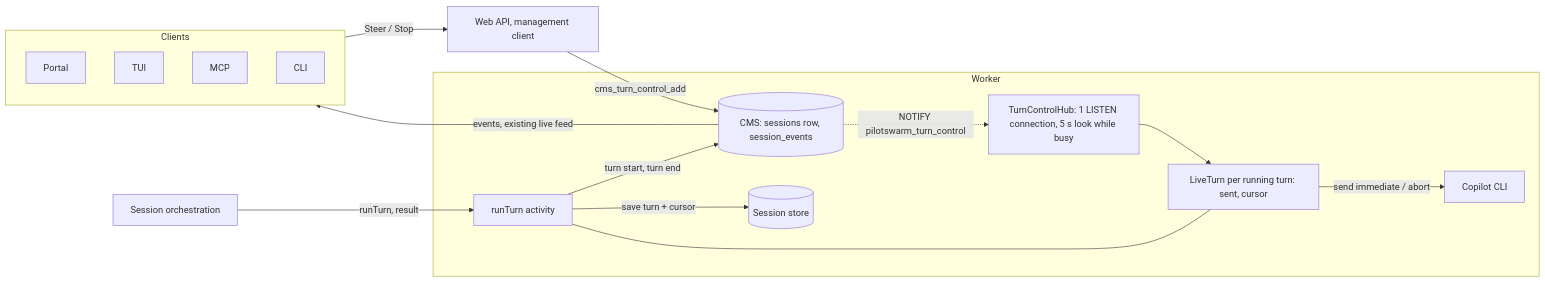
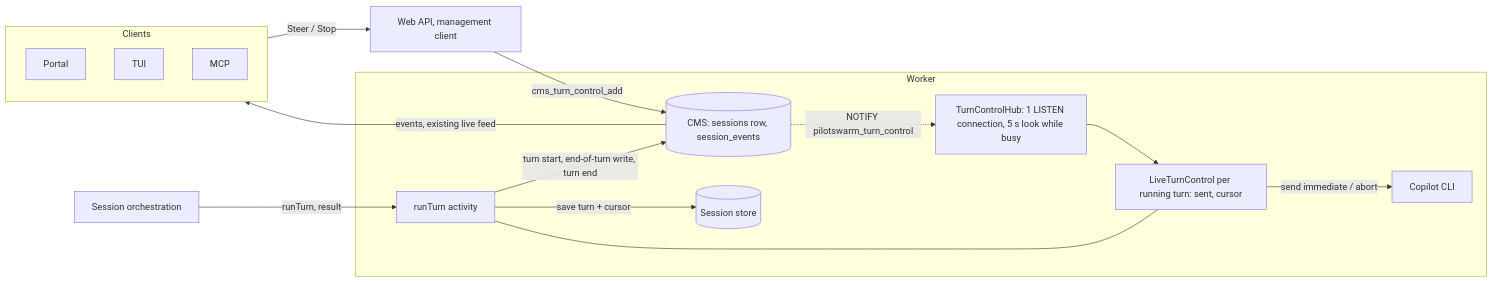
One commit to microsoft/PilotSwarm changed the first of 13 diagrams in docs/proposals/session-turn-control.md. Above: the diagram before and after it, drawn with Mermaid. The commit also changed other lines of this file, not shown here.

Commit message:
docs(turn-control): design revision 6 (as built)

````diff
--- a/docs/proposals/session-turn-control.md
+++ b/docs/proposals/session-turn-control.md
@@ -113,18 +154,18 @@
 ```mermaid
 flowchart LR
     subgraph Clients
-        P[Portal] & T[TUI] & M[MCP] & L[CLI]
+        P[Portal] & T[TUI] & M[MCP]
     end
     Clients -->|"Steer / Stop"| API["Web API, management client"]
     API -->|"cms_turn_control_add"| DB[("CMS: sessions row, session_events")]
     DB -.->|"NOTIFY pilotswarm_turn_control"| HUB
     subgraph Worker
-        HUB["TurnControlHub: 1 LISTEN connection, 5 s look while busy"] --> LT["LiveTurn per running turn: sent, cursor"]
+        HUB["TurnControlHub: 1 LISTEN connection, 5 s look while busy"] --> LT["LiveTurnControl per running turn: sent, cursor"]
         LT -->|"send immediate / abort"| CLI[Copilot CLI]
-        RT["runTurn activity"] -->|"turn start, turn end"| DB
+        RT["runTurn activity"] -->|"turn start, end-of-turn write, turn end"| DB
         RT -->|"save turn + cursor"| ST[("Session store")]
         RT --- LT
     end
     O["Session orchestration"] -->|"runTurn, result"| RT
     DB -->|"events, existing live feed"| Clients
 ```
````
